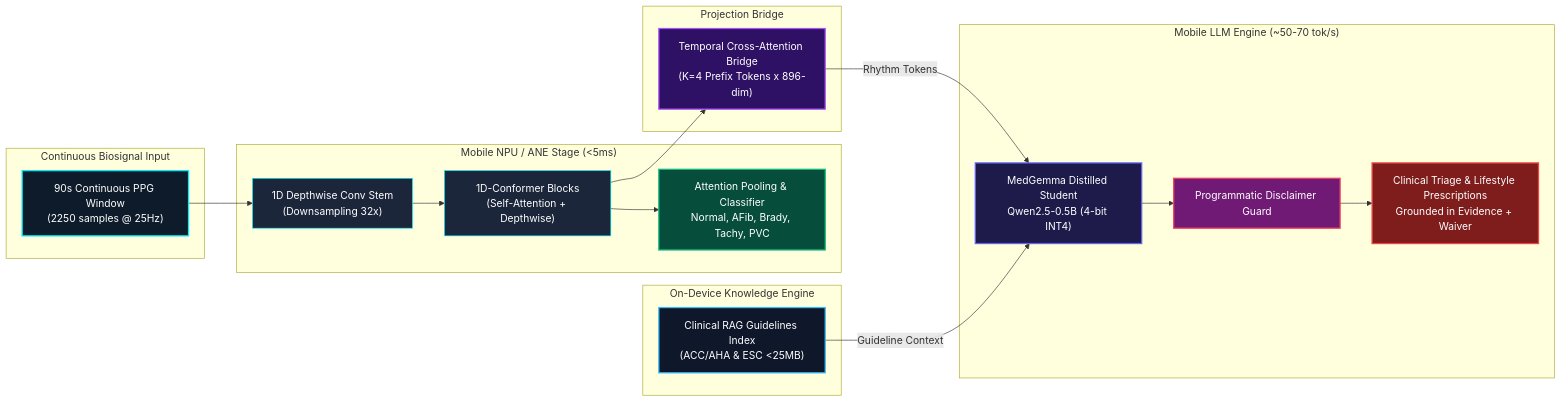
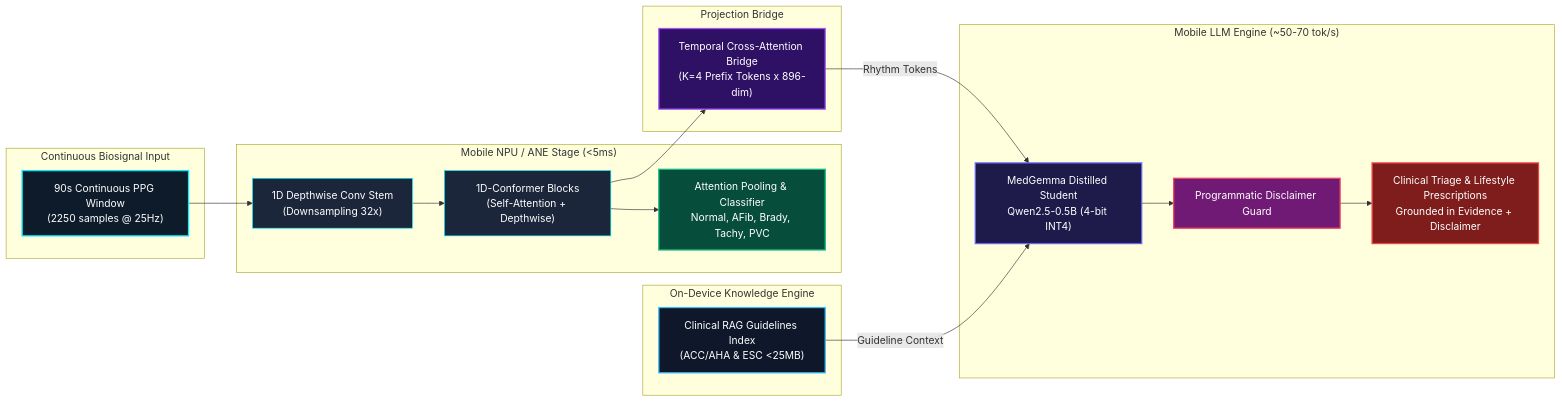
Before and after one commit to embedologist/Cardiac_MedGemma_Micro_model: the first of 4 diagrams in DOCUMENTATION.md, drawn with Mermaid. The commit also changed other lines of this file and 20 other files, not shown here.

````diff
--- a/DOCUMENTATION.md
+++ b/DOCUMENTATION.md
@@ -48,42 +48,42 @@
 ```mermaid
 graph LR
     subgraph SENSOR["Continuous Biosignal Input"]
         PPG["90s Continuous PPG Window<br/>(2250 samples @ 25Hz)"]
     end
 
     subgraph ENCODER["Mobile NPU / ANE Stage (<5ms)"]
         STEM["1D Depthwise Conv Stem<br/>(Downsampling 32x)"]
         CONF["1D-Conformer Blocks<br/>(Self-Attention + Depthwise)"]
         POOL["Attention Pooling & Classifier<br/>Normal, AFib, Brady, Tachy, PVC"]
     end
 
     subgraph BRIDGE["Projection Bridge"]
         PROJ["Temporal Cross-Attention Bridge<br/>(K=4 Prefix Tokens x 896-dim)"]
     end
 
     subgraph RAG["On-Device Knowledge Engine"]
         CLIN_RAG["Clinical RAG Guidelines Index<br/>(ACC/AHA & ESC <25MB)"]
     end
 
     subgraph LLM["Mobile LLM Engine (~50-70 tok/s)"]
         STUDENT["MedGemma Distilled Student<br/>Qwen2.5-0.5B (4-bit INT4)"]
         GUARD["Programmatic Disclaimer Guard"]
-        OUTPUT["Clinical Triage & Lifestyle Prescriptions<br/>Grounded in Evidence + Waiver"]
+        OUTPUT["Clinical Triage & Lifestyle Prescriptions<br/>Grounded in Evidence + Disclaimer"]
     end
 
     PPG --> STEM --> CONF --> POOL
     CONF --> PROJ
     PROJ -->|"Rhythm Tokens"| STUDENT
     CLIN_RAG -->|"Guideline Context"| STUDENT
     STUDENT --> GUARD --> OUTPUT
 
     style PPG fill:#0d1b2a,stroke:#00f0ff,stroke-width:2px,color:#fff
     style STEM fill:#1b263b,stroke:#00f0ff,stroke-width:1px,color:#fff
     style CONF fill:#1b263b,stroke:#00f0ff,stroke-width:1px,color:#fff
     style POOL fill:#064e3b,stroke:#10b981,stroke-width:2px,color:#fff
     style PROJ fill:#2e1065,stroke:#a855f7,stroke-width:2px,color:#fff
     style CLIN_RAG fill:#0f172a,stroke:#38bdf8,stroke-width:2px,color:#fff
     style STUDENT fill:#1e1b4b,stroke:#6366f1,stroke-width:2px,color:#fff
     style GUARD fill:#701a75,stroke:#f43f5e,stroke-width:2px,color:#fff
     style OUTPUT fill:#7f1d1d,stroke:#ef4444,stroke-width:2px,color:#fff
 ```
````
